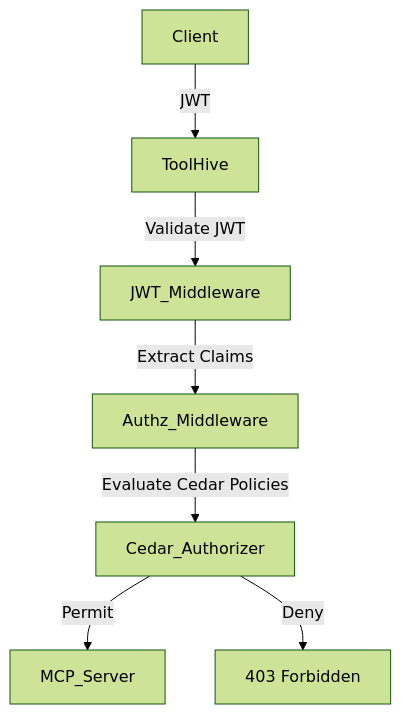
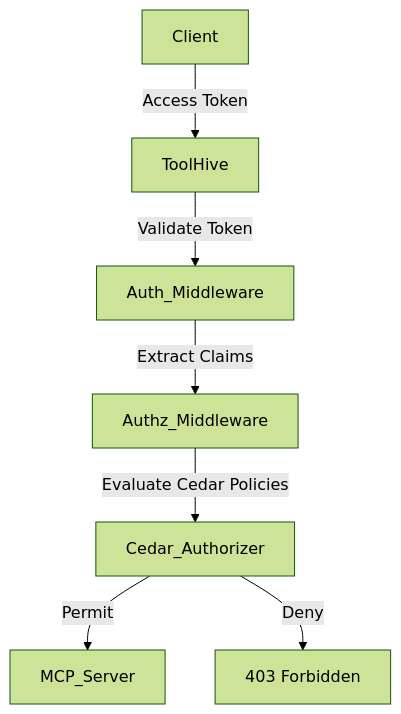
One commit to stacklok/docs-website changed the second of 2 diagrams in docs/toolhive/concepts/auth-framework.mdx. Above: the diagram before and after it, drawn with Mermaid (forest theme). The commit also changed other lines of this file, not shown here.

First line of the commit message:
Update authentication framework terminology for OAuth 2.1/OIDC and token diversity

````diff
--- a/docs/toolhive/concepts/auth-framework.mdx
+++ b/docs/toolhive/concepts/auth-framework.mdx
@@ -189,9 +232,9 @@
 ```mermaid
 flowchart TD
-    Client -->|JWT| ToolHive
-    ToolHive -->|Validate JWT| JWT_Middleware
-    JWT_Middleware -->|Extract Claims| Authz_Middleware
+    Client -->|Access Token| ToolHive
+    ToolHive -->|Validate Token| Auth_Middleware
+    Auth_Middleware -->|Extract Claims| Authz_Middleware
     Authz_Middleware -->|Evaluate Cedar Policies| Cedar_Authorizer
     Cedar_Authorizer -->|Permit| MCP_Server
     Cedar_Authorizer -->|Deny| Denied[403 Forbidden]
 ```
````
